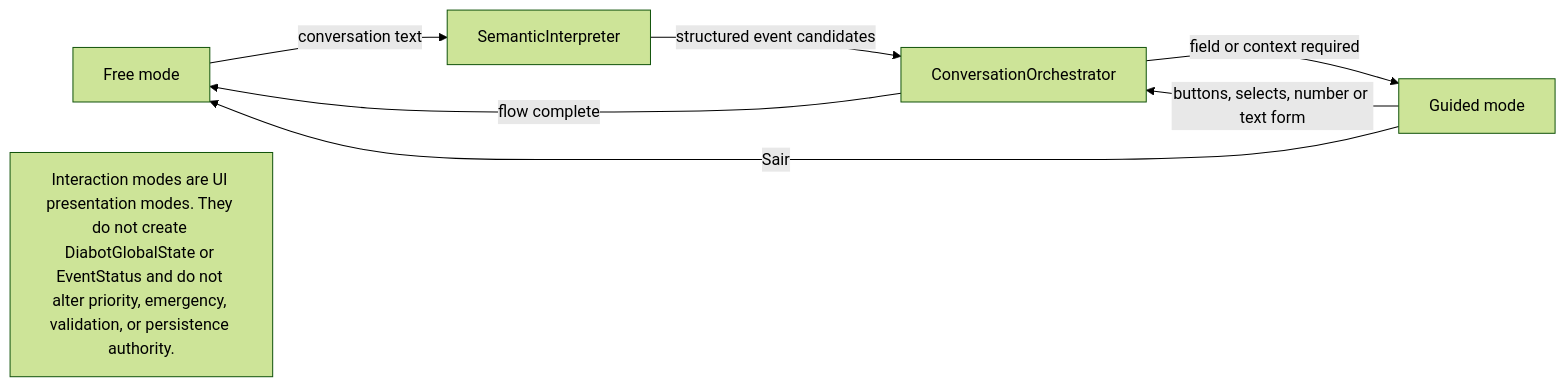
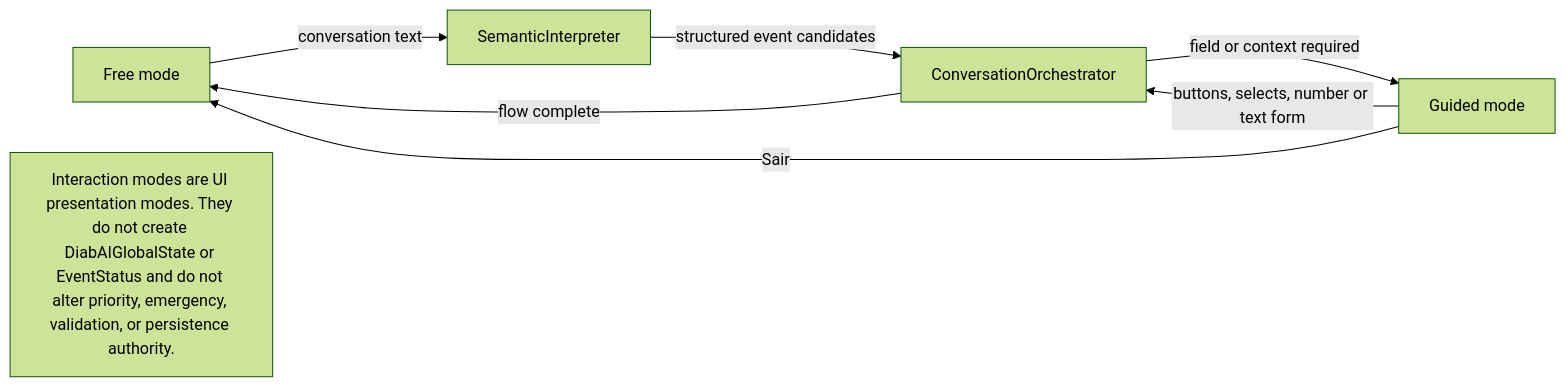
The diagram in diabot/docs/fsm/interaction_modes.mmd (bioduds/diabot), drawn with Mermaid (forest theme) before and after one commit. The commit also changed 55 other files, not shown here.

```diff
--- a/diabot/docs/fsm/interaction_modes.mmd
+++ b/diabot/docs/fsm/interaction_modes.mmd
@@ -1,11 +1,11 @@
 %% fsm-contract: {"modes":["free","guided"],"freeInput":"conversation-text-to-semantic-interpreter","guidedInput":"field-specific-controls","guidedExit":"preserve-stack-return-free-input","globalStateChange":false,"lifecycleChange":false}
 %% This contract is checked by test/fsm_mermaid_contract_test.dart.
 flowchart LR
   FREE[Free mode] -->|conversation text| INTERPRETER[SemanticInterpreter]
   INTERPRETER -->|structured event candidates| KERNEL[ConversationOrchestrator]
   KERNEL -->|field or context required| GUIDED[Guided mode]
   GUIDED -->|buttons, selects, number or text form| KERNEL
   GUIDED -->|Sair| FREE
   KERNEL -->|flow complete| FREE
 
-  NOTE[Interaction modes are UI presentation modes. They do not create DiabotGlobalState or EventStatus and do not alter priority, emergency, validation, or persistence authority.]
+  NOTE[Interaction modes are UI presentation modes. They do not create DiabAIGlobalState or EventStatus and do not alter priority, emergency, validation, or persistence authority.]
```
